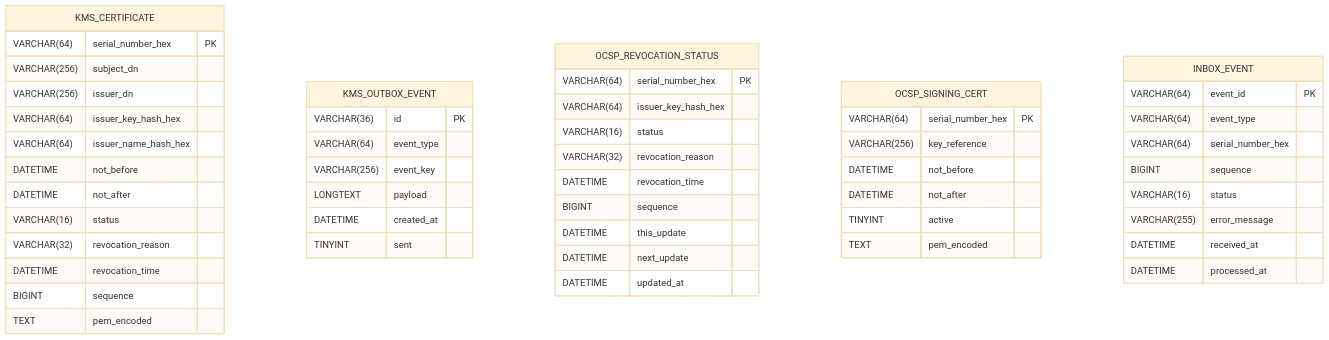
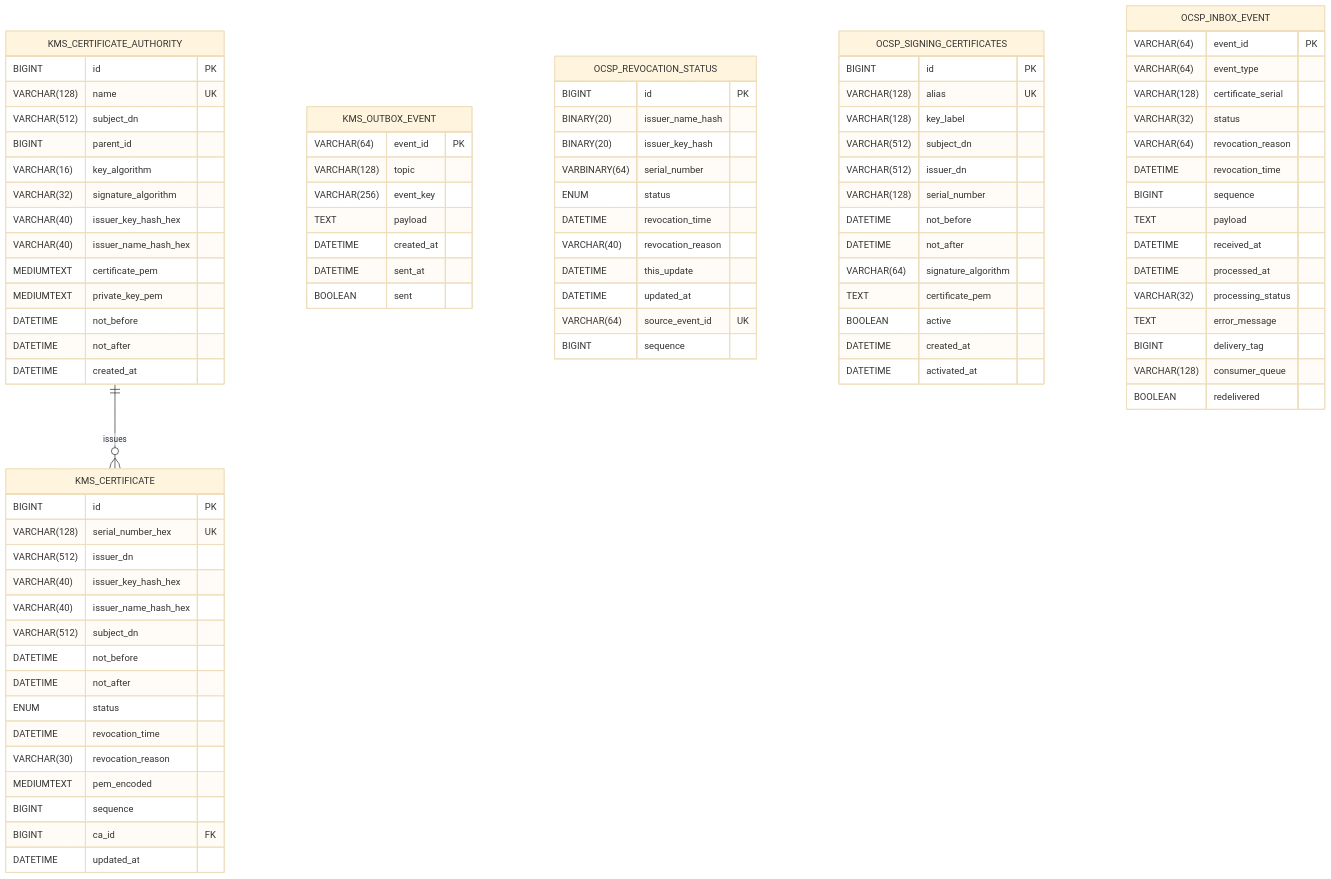
Before and after one commit to Majdzapa/OCSP: the fifth of 6 diagrams in ARCHITECTURE.md, drawn with Mermaid (base theme). The commit also changed other lines of this file, not shown here.

Commit message:
docs(architecture): update ARCHITECTURE.md to v5.0 reflecting current zero-seed PKI, multi-CA HSM signing, and RabbitMQ reconciliation

````diff
--- a/ARCHITECTURE.md
+++ b/ARCHITECTURE.md
@@ -270,60 +311,98 @@
 ```mermaid
 erDiagram
-    %% KMS Schema
-    KMS_CERTIFICATE {
-        VARCHAR(64) serial_number_hex PK
-        VARCHAR(256) subject_dn
-        VARCHAR(256) issuer_dn
-        VARCHAR(64) issuer_key_hash_hex
-        VARCHAR(64) issuer_name_hash_hex
+    %% KMS Schema (kms-mariadb :3308)
+    KMS_CERTIFICATE_AUTHORITY {
+        BIGINT id PK
+        VARCHAR(128) name UK
+        VARCHAR(512) subject_dn
+        BIGINT parent_id
+        VARCHAR(16) key_algorithm
+        VARCHAR(32) signature_algorithm
+        VARCHAR(40) issuer_key_hash_hex
+        VARCHAR(40) issuer_name_hash_hex
+        MEDIUMTEXT certificate_pem
+        MEDIUMTEXT private_key_pem
         DATETIME not_before
         DATETIME not_after
-        VARCHAR(16) status
-        VARCHAR(32) revocation_reason
+        DATETIME created_at
+    }
+
+    KMS_CERTIFICATE {
+        BIGINT id PK
+        VARCHAR(128) serial_number_hex UK
+        VARCHAR(512) issuer_dn
+        VARCHAR(40) issuer_key_hash_hex
+        VARCHAR(40) issuer_name_hash_hex
+        VARCHAR(512) subject_dn
+        DATETIME not_before
+        DATETIME not_after
+        ENUM status
         DATETIME revocation_time
+        VARCHAR(30) revocation_reason
+        MEDIUMTEXT pem_encoded
         BIGINT sequence
-        TEXT pem_encoded
+        BIGINT ca_id FK
+        DATETIME updated_at
     }
 
     KMS_OUTBOX_EVENT {
-        VARCHAR(36) id PK
-        VARCHAR(64) event_type
+        VARCHAR(64) event_id PK
+        VARCHAR(128) topic
         VARCHAR(256) event_key
-        LONGTEXT payload
+        TEXT payload
         DATETIME created_at
-        TINYINT sent
+        DATETIME sent_at
+        BOOLEAN sent
     }
 
-    %% OCSP Subsystem Schema
+    KMS_CERTIFICATE_AUTHORITY ||--o{ KMS_CERTIFICATE : "issues"
+
+    %% OCSP Schema (ocsp-mariadb :3307)
     OCSP_REVOCATION_STATUS {
-        VARCHAR(64) serial_number_hex PK
-        VARCHAR(64) issuer_key_hash_hex
-        VARCHAR(16) status
-        VARCHAR(32) revocation_reason
+        BIGINT id PK
+        BINARY(20) issuer_name_hash
+        BINARY(20) issuer_key_hash
+        VARBINARY(64) serial_number
+        ENUM status
+        DATETIME revocation_time
+        VARCHAR(40) revocation_reason
+        DATETIME this_update
+        DATETIME updated_at
+        VARCHAR(64) source_event_id UK
+        BIGINT sequence
+    }
+
+    OCSP_SIGNING_CERTIFICATES {
+        BIGINT id PK
+        VARCHAR(128) alias UK
+        VARCHAR(128) key_label
+        VARCHAR(512) subject_dn
+        VARCHAR(512) issuer_dn
+        VARCHAR(128) serial_number
+        DATETIME not_before
+        DATETIME not_after
+        VARCHAR(64) signature_algorithm
+        TEXT certificate_pem
+        BOOLEAN active
+        DATETIME created_at
+        DATETIME activated_at
+    }
+
+    OCSP_INBOX_EVENT {
+        VARCHAR(64) event_id PK
+        VARCHAR(64) event_type
+        VARCHAR(128) certificate_serial
+        VARCHAR(32) status
+        VARCHAR(64) revocation_reason
         DATETIME revocation_time
         BIGINT sequence
-        DATETIME this_update
-        DATETIME next_update
-        DATETIME updated_at
-    }
-
-    OCSP_SIGNING_CERT {
-        VARCHAR(64) serial_number_hex PK
-        VARCHAR(256) key_reference
-        DATETIME not_before
-        DATETIME not_after
-        TINYINT active
-        TEXT pem_encoded
-    }
-
-    INBOX_EVENT {
-        VARCHAR(64) event_id PK
-        VARCHAR(64) event_type
-        VARCHAR(64) serial_number_hex
-        BIGINT sequence
-        VARCHAR(16) status
-        VARCHAR(255) error_message
+        TEXT payload
         DATETIME received_at
         DATETIME processed_at
+        VARCHAR(32) processing_status
+        TEXT error_message
+        BIGINT delivery_tag
+        VARCHAR(128) consumer_queue
+        BOOLEAN redelivered
     }
 ```
````
